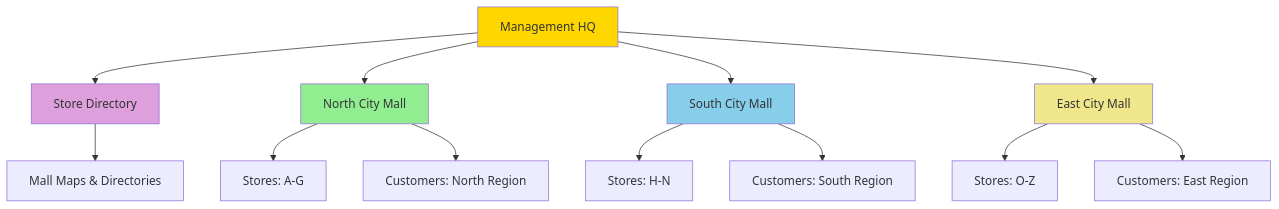
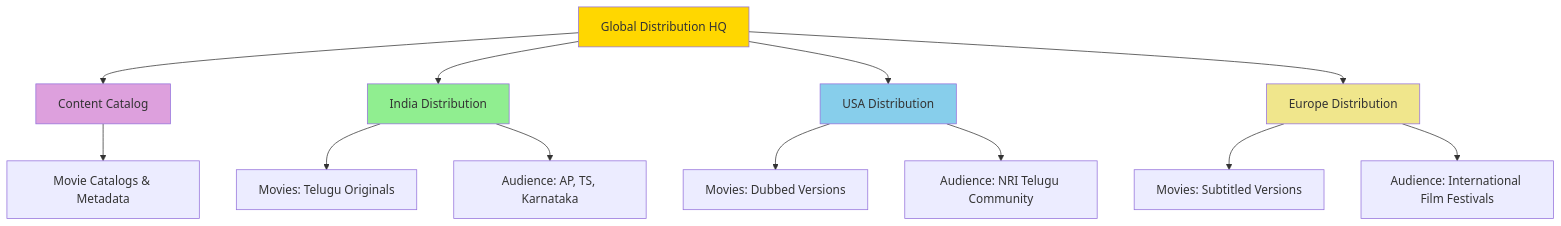
One commit to viswanathsandu/QuickGuides changed the tenth of 11 diagrams in mongodb-nature-guide.md. Above: the diagram before and after it, drawn with Mermaid. The commit also changed other lines of this file, not shown here.

````diff
--- a/mongodb-nature-guide.md
+++ b/mongodb-nature-guide.md
@@ -711,24 +865,24 @@
 ```mermaid
 graph TB
-    A[Management HQ] --> B[Store Directory]
-    A --> C[North City Mall]
-    A --> D[South City Mall] 
-    A --> E[East City Mall]
+    A[Global Distribution HQ] --> B[Content Catalog]
+    A --> C[India Distribution]
+    A --> D[USA Distribution] 
+    A --> E[Europe Distribution]
     
-    C --> C1[Stores: A-G]
-    C --> C2[Customers: North Region]
+    C --> C1[Movies: Telugu Originals]
+    C --> C2[Audience: AP, TS, Karnataka]
     
-    D --> D1[Stores: H-N]  
-    D --> D2[Customers: South Region]
+    D --> D1[Movies: Dubbed Versions]  
+    D --> D2[Audience: NRI Telugu Community]
     
-    E --> E1[Stores: O-Z]
-    E --> E2[Customers: East Region]
+    E --> E1[Movies: Subtitled Versions]
+    E --> E2[Audience: International Film Festivals]
     
-    B --> B1[Mall Maps & Directories]
+    B --> B1[Movie Catalogs & Metadata]
     
     style A fill:#FFD700
     style B fill:#DDA0DD
     style C fill:#90EE90
     style D fill:#87CEEB  
     style E fill:#F0E68C
 ```
````
